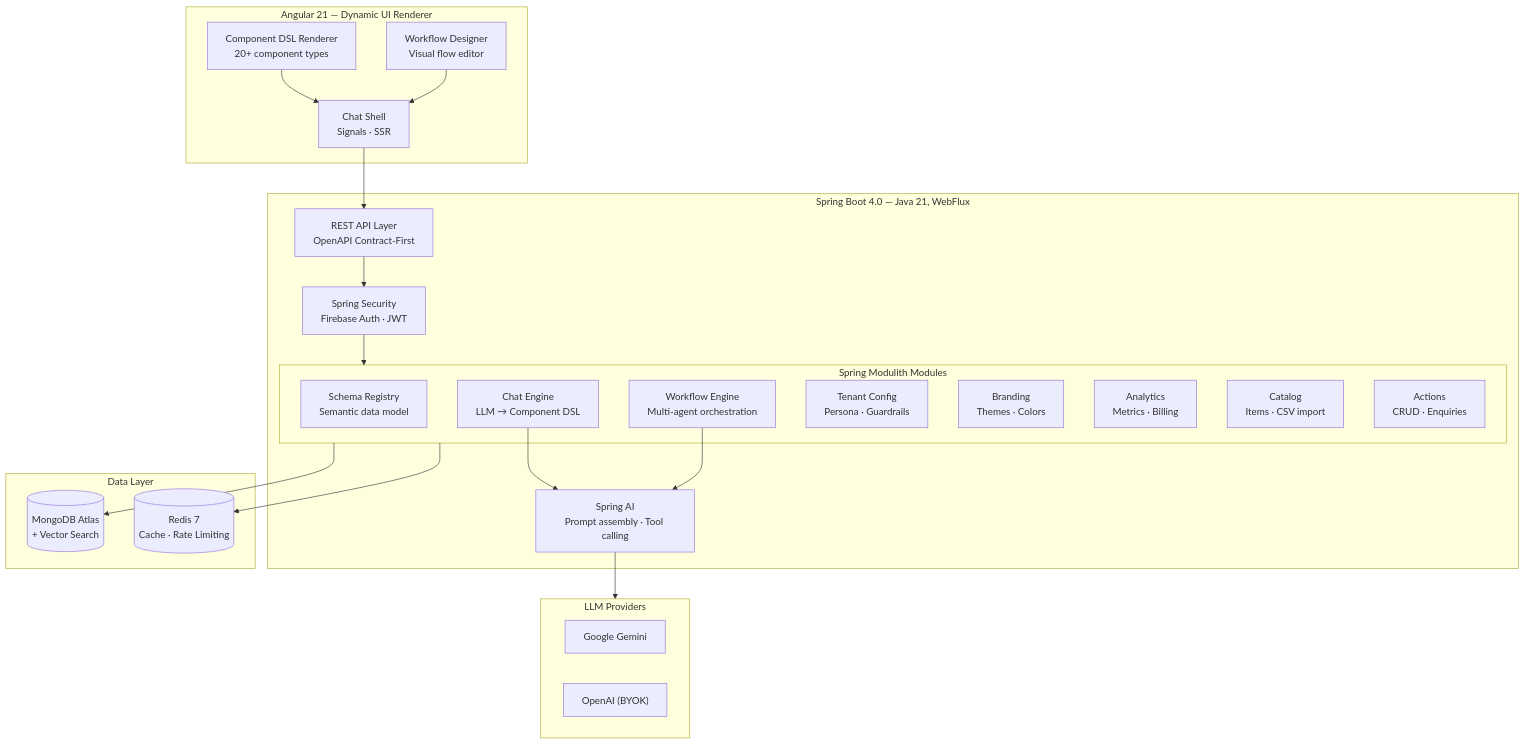
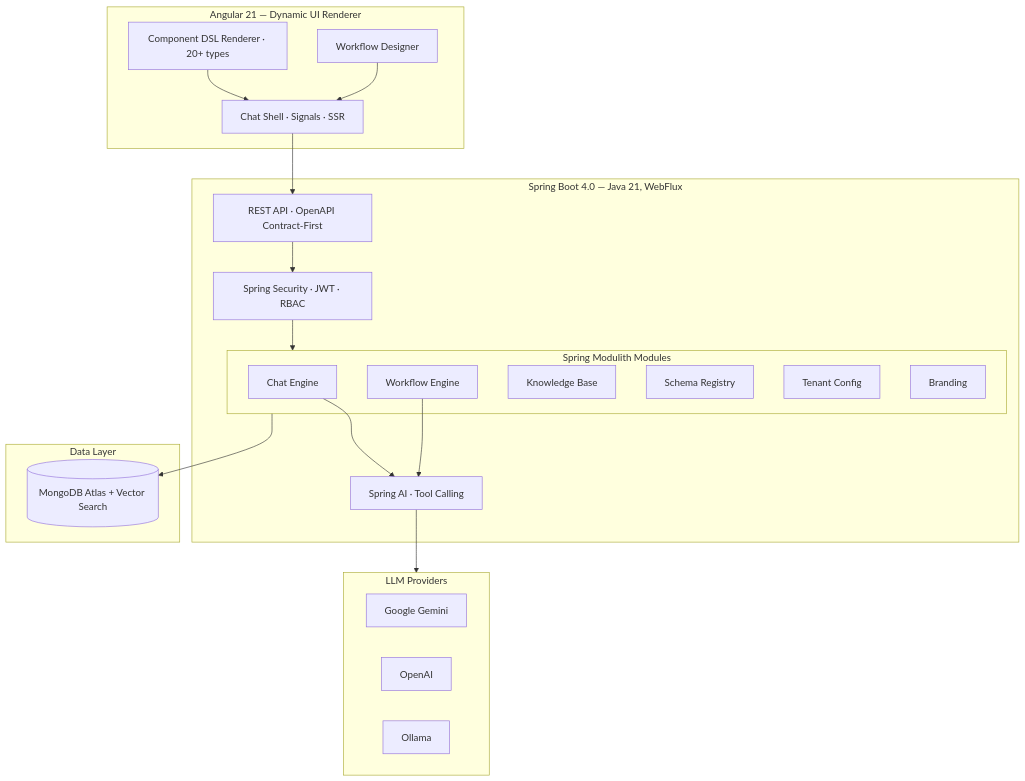
Before and after one commit to spectrayan/synaptiq: the diagram in README.md, drawn with Mermaid. The commit also changed other lines of this file and 1 other file, not shown here.

````diff
--- a/README.md
+++ b/README.md
@@ -111,45 +115,42 @@
 ```mermaid
 graph TB
     subgraph Frontend["Angular 21 — Dynamic UI Renderer"]
-        UI["Chat Shell<br/>Signals · SSR"]
-        DSL["Component DSL Renderer<br/>20+ component types"]
-        WFD["Workflow Designer<br/>Visual flow editor"]
+        UI["Chat Shell · Signals · SSR"]
+        DSL["Component DSL Renderer · 20+ types"]
+        WFD["Workflow Designer"]
     end
 
     subgraph Backend["Spring Boot 4.0 — Java 21, WebFlux"]
-        API["REST API Layer<br/>OpenAPI Contract-First"]
-        Auth["Spring Security<br/>Firebase Auth · JWT"]
+        API["REST API · OpenAPI Contract-First"]
+        Auth["Spring Security · JWT · RBAC"]
 
         subgraph Modules["Spring Modulith Modules"]
-            SR["Schema Registry<br/>Semantic data model"]
-            CH["Chat Engine<br/>LLM → Component DSL"]
-            WF["Workflow Engine<br/>Multi-agent orchestration"]
-            TC["Tenant Config<br/>Persona · Guardrails"]
-            BR["Branding<br/>Themes · Colors"]
-            AN["Analytics<br/>Metrics · Billing"]
-            CT["Catalog<br/>Items · CSV import"]
-            AC["Actions<br/>CRUD · Enquiries"]
+            CH["Chat Engine"]
+            WF["Workflow Engine"]
+            KB["Knowledge Base"]
+            SR["Schema Registry"]
+            TC["Tenant Config"]
+            BR["Branding"]
         end
 
-        SpringAI["Spring AI<br/>Prompt assembly · Tool calling"]
+        SpringAI["Spring AI · Tool Calling"]
     end
 
     subgraph Data["Data Layer"]
-        Mongo[("MongoDB Atlas<br/>+ Vector Search")]
-        Redis[("Redis 7<br/>Cache · Rate Limiting")]
+        Mongo[("MongoDB Atlas + Vector Search")]
     end
 
     subgraph LLMs["LLM Providers"]
         Gemini["Google Gemini"]
-        OpenAI["OpenAI (BYOK)"]
+        OpenAI["OpenAI"]
+        Ollama["Ollama"]
     end
 
     UI --> API
     DSL --> UI
     WFD --> UI
     API --> Auth --> Modules
     CH & WF --> SpringAI
     SpringAI --> LLMs
     Modules --> Mongo
-    Modules --> Redis
 ```
````
